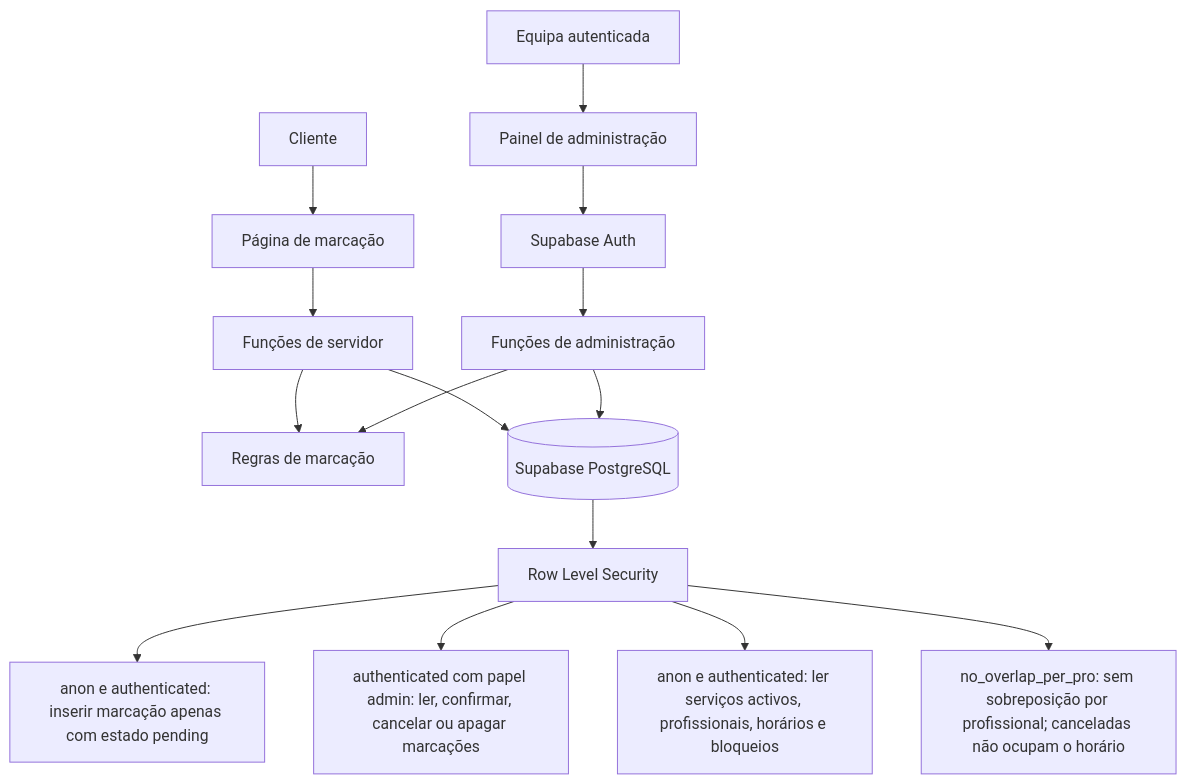
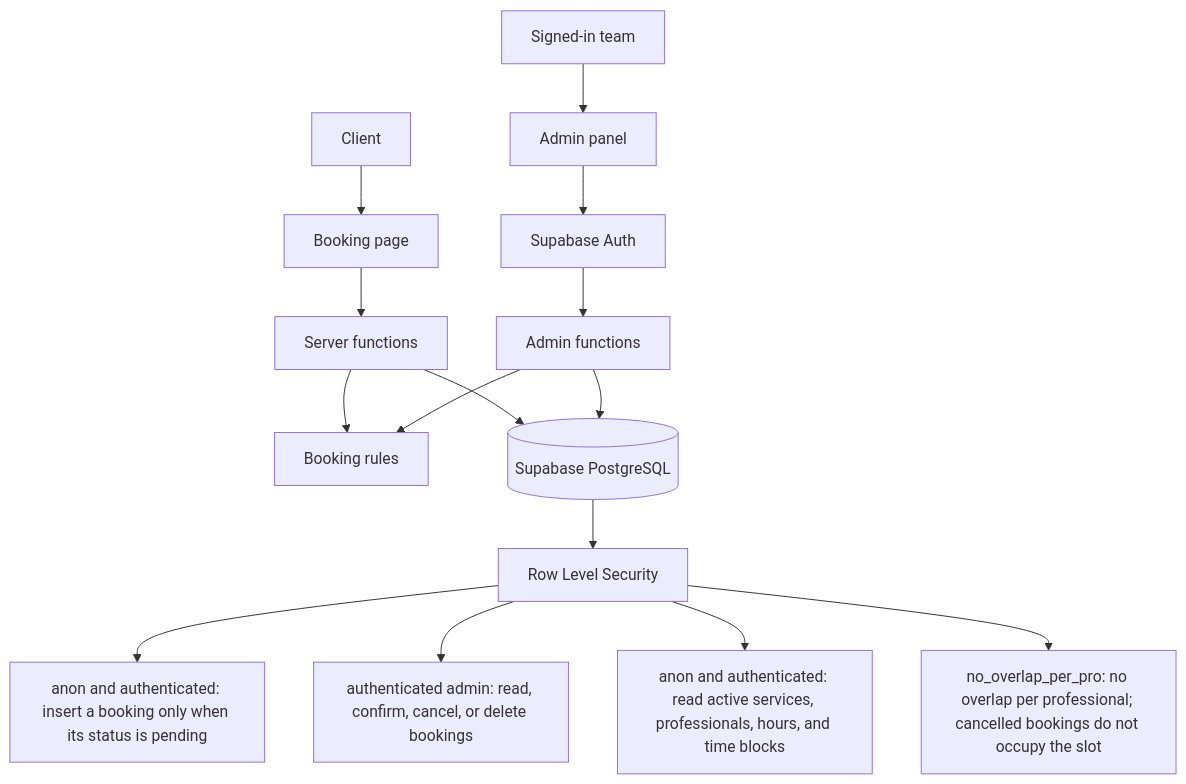
The diagram in README.md (ottonielmorais2008-rgb/salon-booking-system), drawn with Mermaid before and after one commit. The commit also changed other lines of this file, not shown here.

Commit message:
docs: translate architecture and testing sections to English

````diff
--- a/README.md
+++ b/README.md
@@ -57,17 +57,17 @@
 ```mermaid
 flowchart TD
-  cliente["Cliente"] --> pagina["Página de marcação"]
-  equipa["Equipa autenticada"] --> painel["Painel de administração"]
-  pagina --> funcoes["Funções de servidor"]
-  painel --> auth["Supabase Auth"]
-  auth --> funcoesAdmin["Funções de administração"]
-  funcoes --> regras["Regras de marcação"]
-  funcoesAdmin --> regras
-  funcoes --> db[("Supabase PostgreSQL")]
-  funcoesAdmin --> db
+  client["Client"] --> page["Booking page"]
+  team["Signed-in team"] --> panel["Admin panel"]
+  page --> fns["Server functions"]
+  panel --> auth["Supabase Auth"]
+  auth --> adminFns["Admin functions"]
+  fns --> rules["Booking rules"]
+  adminFns --> rules
+  fns --> db[("Supabase PostgreSQL")]
+  adminFns --> db
   db --> rls["Row Level Security"]
-  rls --> pInsert["anon e authenticated: inserir marcação apenas com estado pending"]
-  rls --> pAdmin["authenticated com papel admin: ler, confirmar, cancelar ou apagar marcações"]
-  rls --> pPublic["anon e authenticated: ler serviços activos, profissionais, horários e bloqueios"]
-  rls --> pOverlap["no_overlap_per_pro: sem sobreposição por profissional; canceladas não ocupam o horário"]
+  rls --> pInsert["anon and authenticated: insert a booking only when its status is pending"]
+  rls --> pAdmin["authenticated admin: read, confirm, cancel, or delete bookings"]
+  rls --> pPublic["anon and authenticated: read active services, professionals, hours, and time blocks"]
+  rls --> pOverlap["no_overlap_per_pro: no overlap per professional; cancelled bookings do not occupy the slot"]
 ```
````
